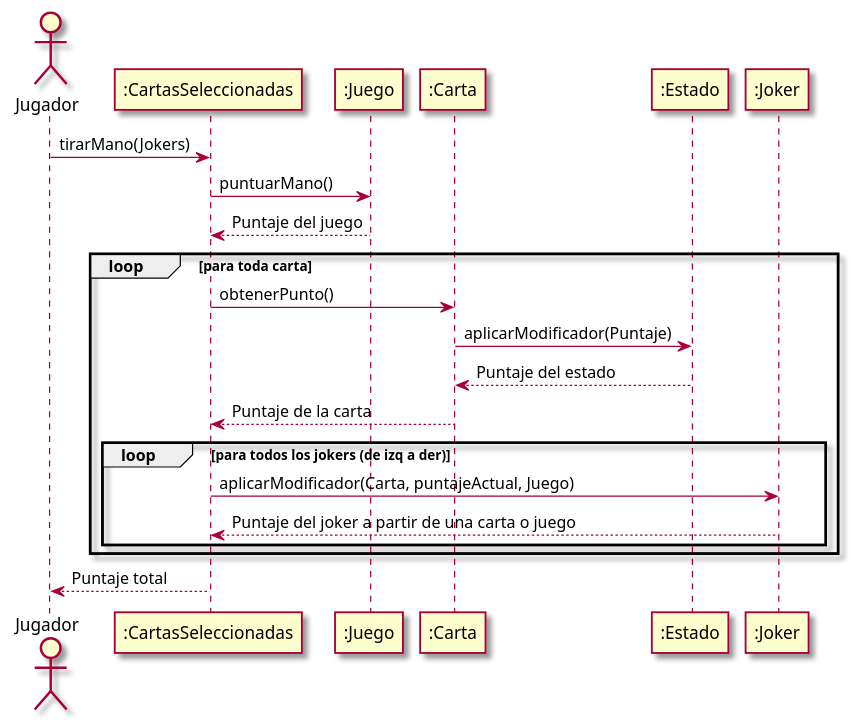
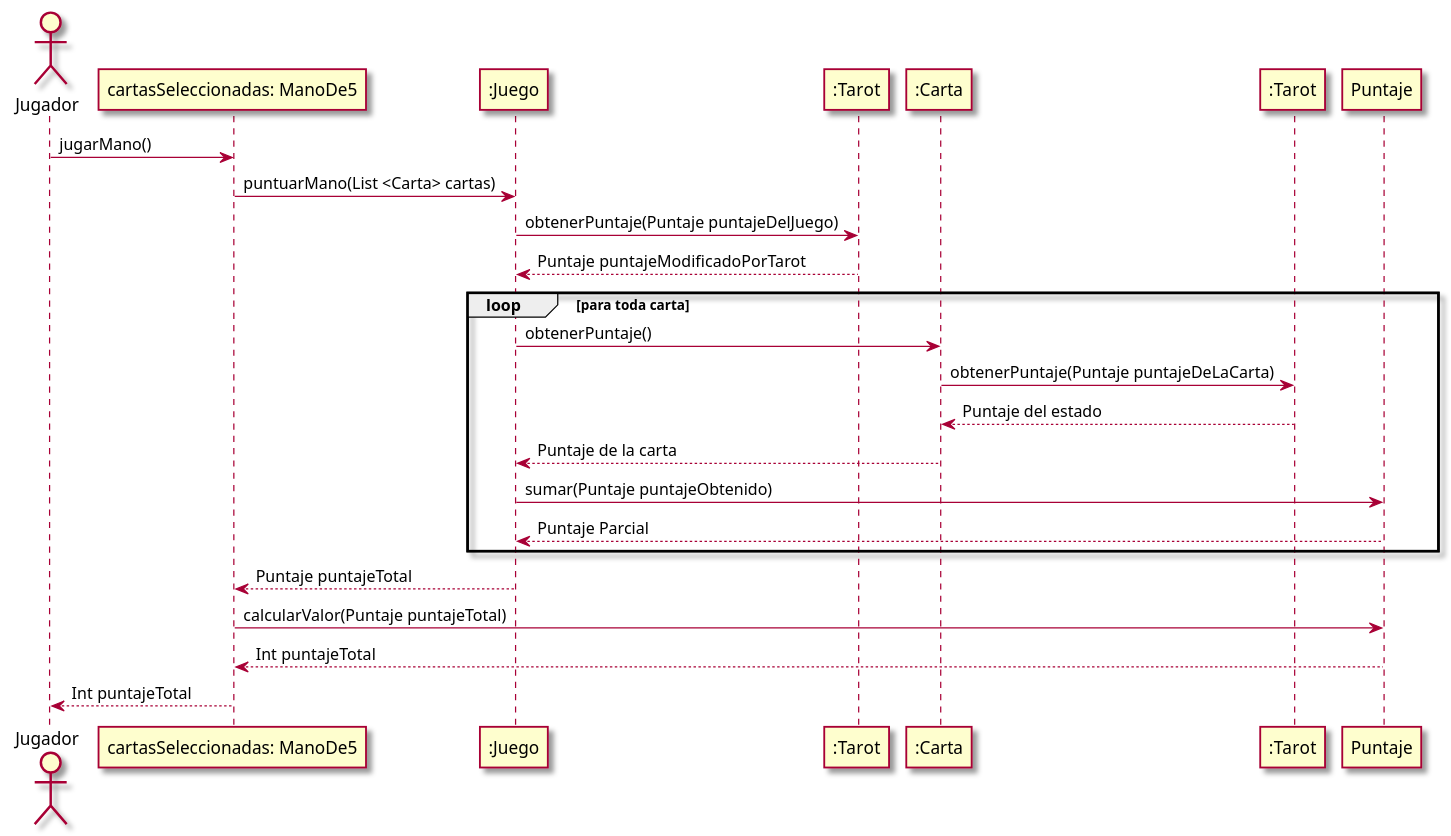
Before and after one commit to fiuba/algo3_proyecto_base_tp2: the diagram in diagrams/sequences/Asignacion_Puntaje_Mano.plantuml, drawn with PlantUML. The commit also changed 1 other file, not shown here.

Commit message:
Arrelgamos diagrama de secuencia
Modificamos el caso de la entrega0 con todos los cambios realizados hasta el momento

```diff
--- a/diagrams/sequences/Asignacion_Puntaje_Mano.plantuml
+++ b/diagrams/sequences/Asignacion_Puntaje_Mano.plantuml
@@ -1,21 +1,23 @@
 @startuml
 
 skin rose
 
 actor Jugador
-Jugador -> ":CartasSeleccionadas" as CartasSeleccionadas :tirarMano(Jokers)
-CartasSeleccionadas -> ":Juego" as Juego :puntuarMano()
-CartasSeleccionadas <-- Juego :Puntaje del juego
+Jugador -> "cartasSeleccionadas: ManoDe5" as CartasSeleccionadas : jugarMano()
+CartasSeleccionadas -> ":Juego" as Juego :puntuarMano(List <Carta> cartas)
+Juego -> ":Tarot" as Tarot: obtenerPuntaje(Puntaje puntajeDelJuego)
+Juego <-- Tarot: Puntaje puntajeModificadoPorTarot
 loop para toda carta
-CartasSeleccionadas -> ":Carta" as Carta :obtenerPunto()
-Carta -> ":Estado" as Estado :aplicarModificador(Puntaje)
-Carta  <-- Estado :Puntaje del estado
-CartasSeleccionadas <-- Carta :Puntaje de la carta
-loop para todos los jokers (de izq a der)
-CartasSeleccionadas -> ":Joker" as Joker :aplicarModificador(Carta, puntajeActual, Juego)
-CartasSeleccionadas <-- Joker :Puntaje del joker a partir de una carta o juego
+Juego -> ":Carta" as Carta :obtenerPuntaje()
+Carta -> ":Tarot" as TarotDeLaCarta :obtenerPuntaje(Puntaje puntajeDeLaCarta)
+Carta  <-- TarotDeLaCarta :Puntaje del estado
+Juego <-- Carta :Puntaje de la carta
+Juego -> Puntaje: sumar(Puntaje puntajeObtenido)
+Juego <-- Puntaje : Puntaje Parcial
 end
-end
-Jugador <-- CartasSeleccionadas : Puntaje total
 
+CartasSeleccionadas <-- Juego : Puntaje puntajeTotal
+CartasSeleccionadas -> Puntaje : calcularValor(Puntaje puntajeTotal)
+CartasSeleccionadas <-- Puntaje : Int puntajeTotal
+Jugador <-- CartasSeleccionadas : Int puntajeTotal
 @enduml
```
